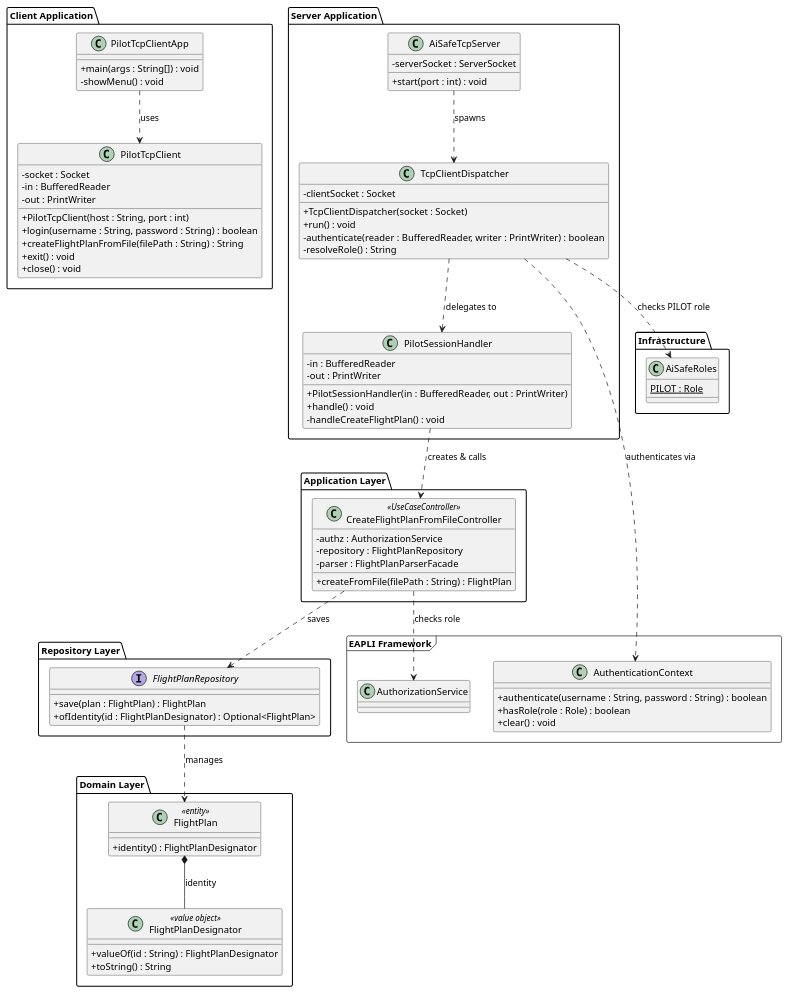
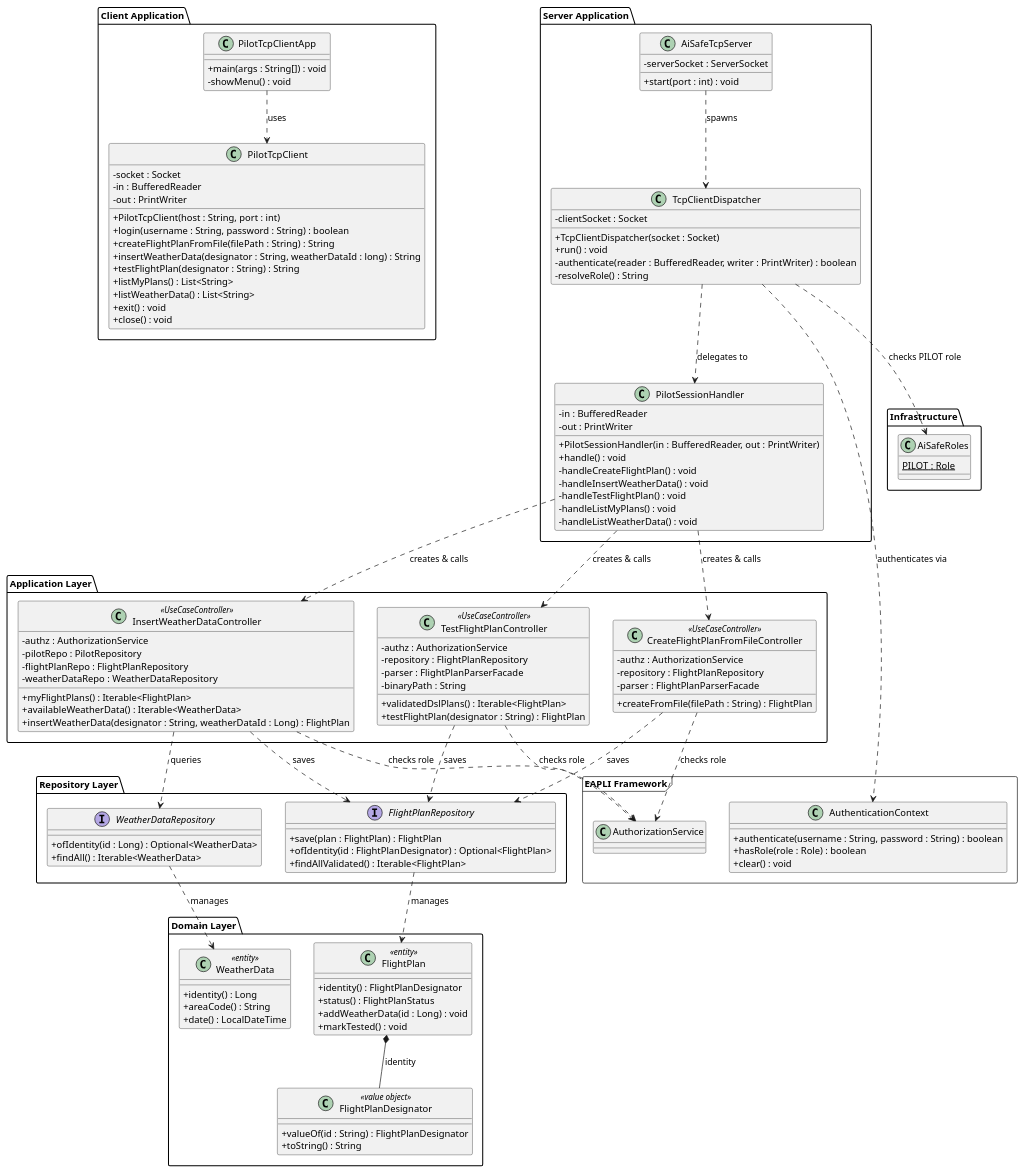
Before and after one commit to brunodspinto/aisafe: the diagram in aisafe.base/docs/user-stories/us086/puml/US086-class-diagram.puml, drawn with PlantUML. The commit also changed 3 other files, not shown here.

```diff
--- a/aisafe.base/docs/user-stories/us086/puml/US086-class-diagram.puml
+++ b/aisafe.base/docs/user-stories/us086/puml/US086-class-diagram.puml
@@ -1,100 +1,150 @@
 @startuml class-diagram-us086
 skinparam shadowing false
 skinparam classAttributeIconSize 0
 
 package "Client Application" {
     class PilotTcpClientApp {
         +main(args : String[]) : void
         -showMenu() : void
     }
 
     class PilotTcpClient {
         -socket : Socket
         -in : BufferedReader
         -out : PrintWriter
         +PilotTcpClient(host : String, port : int)
         +login(username : String, password : String) : boolean
         +createFlightPlanFromFile(filePath : String) : String
+        +insertWeatherData(designator : String, weatherDataId : long) : String
+        +testFlightPlan(designator : String) : String
+        +listMyPlans() : List<String>
+        +listWeatherData() : List<String>
         +exit() : void
         +close() : void
     }
 }
 
 package "Server Application" {
     class AiSafeTcpServer {
         -serverSocket : ServerSocket
         +start(port : int) : void
     }
 
     class TcpClientDispatcher {
         -clientSocket : Socket
         +TcpClientDispatcher(socket : Socket)
         +run() : void
         -authenticate(reader : BufferedReader, writer : PrintWriter) : boolean
         -resolveRole() : String
     }
 
     class PilotSessionHandler {
         -in : BufferedReader
         -out : PrintWriter
         +PilotSessionHandler(in : BufferedReader, out : PrintWriter)
         +handle() : void
         -handleCreateFlightPlan() : void
+        -handleInsertWeatherData() : void
+        -handleTestFlightPlan() : void
+        -handleListMyPlans() : void
+        -handleListWeatherData() : void
     }
 }
 
 package "Application Layer" {
     class CreateFlightPlanFromFileController <<UseCaseController>> {
         -authz : AuthorizationService
         -repository : FlightPlanRepository
         -parser : FlightPlanParserFacade
         +createFromFile(filePath : String) : FlightPlan
     }
+
+    class InsertWeatherDataController <<UseCaseController>> {
+        -authz : AuthorizationService
+        -pilotRepo : PilotRepository
+        -flightPlanRepo : FlightPlanRepository
+        -weatherDataRepo : WeatherDataRepository
+        +myFlightPlans() : Iterable<FlightPlan>
+        +availableWeatherData() : Iterable<WeatherData>
+        +insertWeatherData(designator : String, weatherDataId : Long) : FlightPlan
+    }
+
+    class TestFlightPlanController <<UseCaseController>> {
+        -authz : AuthorizationService
+        -repository : FlightPlanRepository
+        -parser : FlightPlanParserFacade
+        -binaryPath : String
+        +validatedDslPlans() : Iterable<FlightPlan>
+        +testFlightPlan(designator : String) : FlightPlan
+    }
 }
 
 package "Domain Layer" {
     class FlightPlan <<entity>> {
         +identity() : FlightPlanDesignator
+        +status() : FlightPlanStatus
+        +addWeatherData(id : Long) : void
+        +markTested() : void
     }
 
     class FlightPlanDesignator <<value object>> {
         +valueOf(id : String) : FlightPlanDesignator
         +toString() : String
+    }
+
+    class WeatherData <<entity>> {
+        +identity() : Long
+        +areaCode() : String
+        +date() : LocalDateTime
     }
 }
 
 package "Repository Layer" {
     interface FlightPlanRepository {
         +save(plan : FlightPlan) : FlightPlan
         +ofIdentity(id : FlightPlanDesignator) : Optional<FlightPlan>
+        +findAllValidated() : Iterable<FlightPlan>
+    }
+
+    interface WeatherDataRepository {
+        +ofIdentity(id : Long) : Optional<WeatherData>
+        +findAll() : Iterable<WeatherData>
     }
 }
 
 package "EAPLI Framework" <<frame>> {
     class AuthenticationContext {
         +authenticate(username : String, password : String) : boolean
         +hasRole(role : Role) : boolean
         +clear() : void
     }
 
     class AuthorizationService
 }
 
 package "Infrastructure" {
     class AiSafeRoles {
         {static} PILOT : Role
     }
 }
 
 PilotTcpClientApp ..> PilotTcpClient : uses
 AiSafeTcpServer ..> TcpClientDispatcher : spawns
 TcpClientDispatcher ..> AuthenticationContext : authenticates via
 TcpClientDispatcher ..> AiSafeRoles : checks PILOT role
 TcpClientDispatcher ..> PilotSessionHandler : delegates to
 PilotSessionHandler ..> CreateFlightPlanFromFileController : creates & calls
+PilotSessionHandler ..> InsertWeatherDataController : creates & calls
+PilotSessionHandler ..> TestFlightPlanController : creates & calls
 CreateFlightPlanFromFileController ..> AuthorizationService : checks role
 CreateFlightPlanFromFileController ..> FlightPlanRepository : saves
+InsertWeatherDataController ..> AuthorizationService : checks role
+InsertWeatherDataController ..> FlightPlanRepository : saves
+InsertWeatherDataController ..> WeatherDataRepository : queries
+TestFlightPlanController ..> AuthorizationService : checks role
+TestFlightPlanController ..> FlightPlanRepository : saves
 FlightPlan *-- FlightPlanDesignator : identity
 FlightPlanRepository ..> FlightPlan : manages
+WeatherDataRepository ..> WeatherData : manages
 
 @enduml
```
